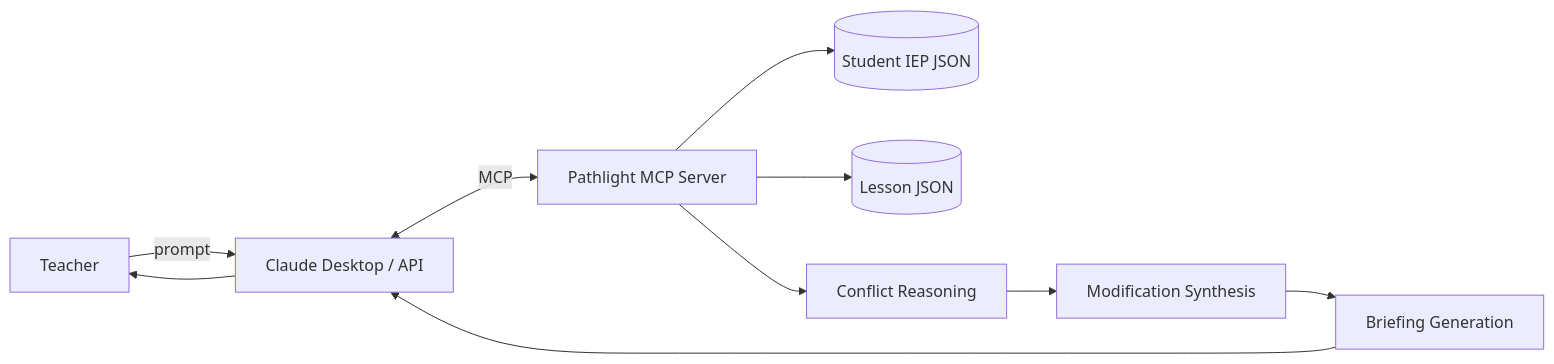
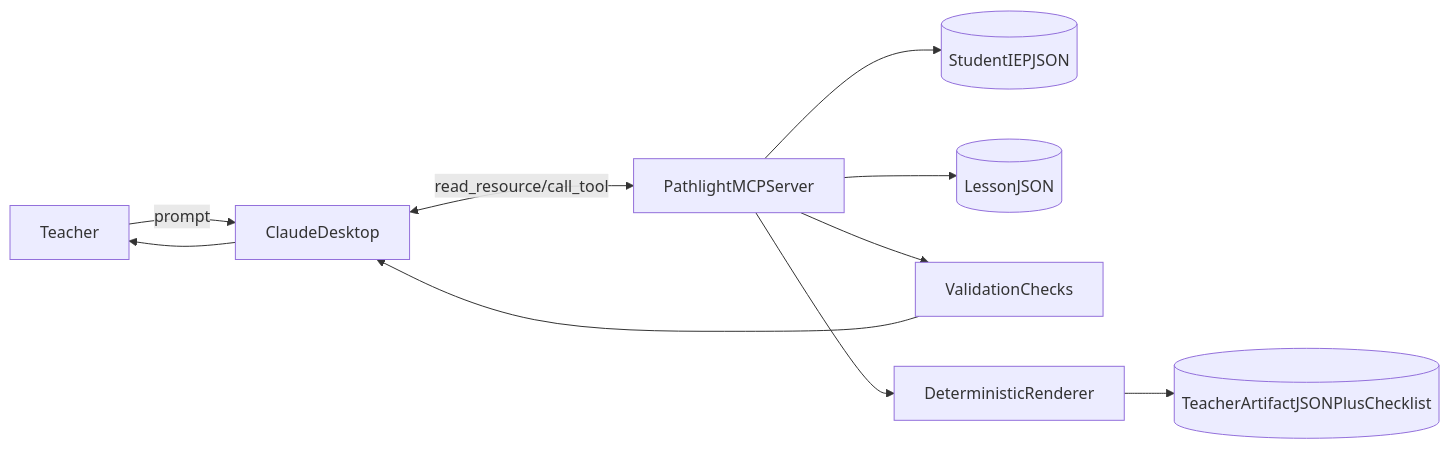
One commit to anna4dev/pathlight changed the first of 4 diagrams in ARCHITECTURE.md. Above: the diagram before and after it, drawn with Mermaid. The commit also changed other lines of this file and 1 other file, not shown here.

Commit message:
docs: migrate architecture from server-side workflow (Shape B) to client-reasoning contract (Shape A)

````diff
--- a/ARCHITECTURE.md
+++ b/ARCHITECTURE.md
@@ -20,22 +36,21 @@
 ```mermaid
 flowchart LR
     Teacher[Teacher]
-    Claude[Claude Desktop / API]
-    MCP[Pathlight MCP Server]
-
-    Student[(Student IEP JSON)]
-    Lesson[(Lesson JSON)]
+    Claude[ClaudeDesktop]
+    MCP[PathlightMCPServer]
+    Student[(StudentIEPJSON)]
+    Lesson[(LessonJSON)]
+    Validator[ValidationChecks]
+    Renderer[DeterministicRenderer]
+    Artifact[(TeacherArtifactJSONPlusChecklist)]
 
     Teacher -->|prompt| Claude
-    Claude <-->|MCP| MCP
-
+    Claude <-->|read_resource/call_tool| MCP
     MCP --> Student
     MCP --> Lesson
-
-    MCP --> Conflict[Conflict Reasoning]
-    Conflict --> Modification[Modification Synthesis]
-    Modification --> Briefing[Briefing Generation]
-
-    Briefing --> Claude
+    MCP --> Validator
+    MCP --> Renderer
+    Renderer --> Artifact
+    Validator --> Claude
     Claude --> Teacher
 ```
````
